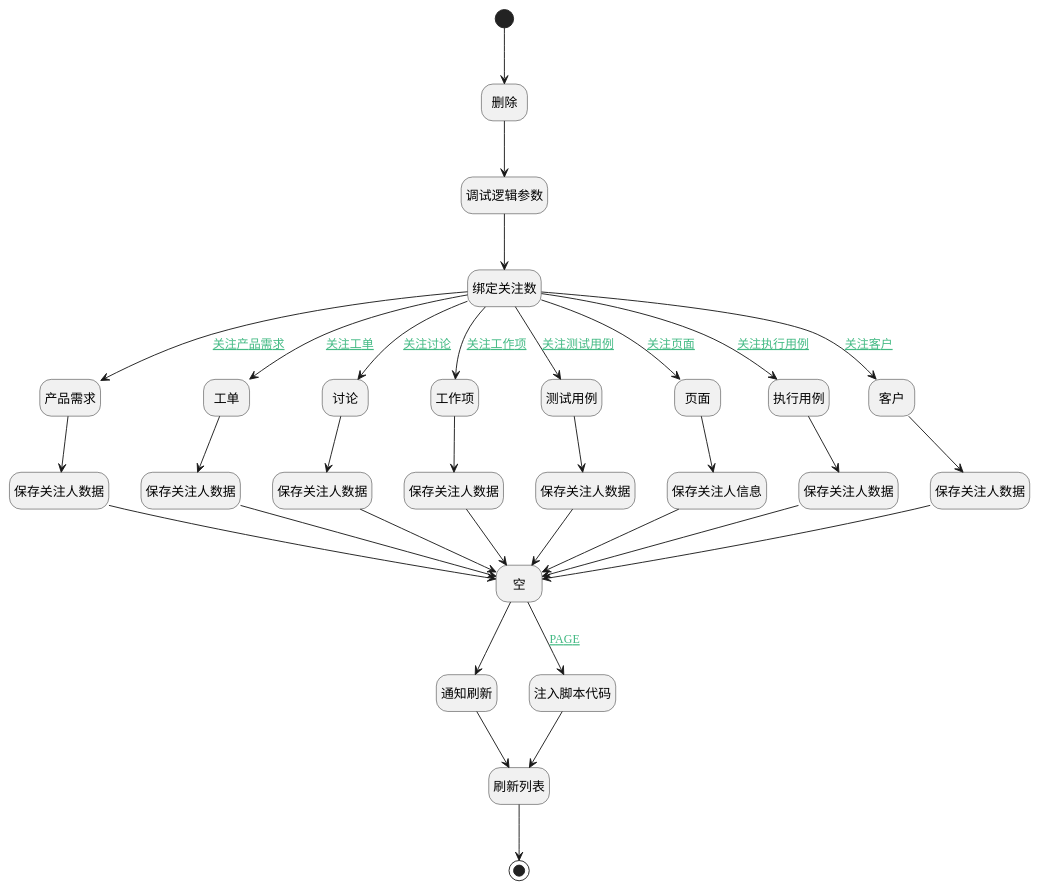
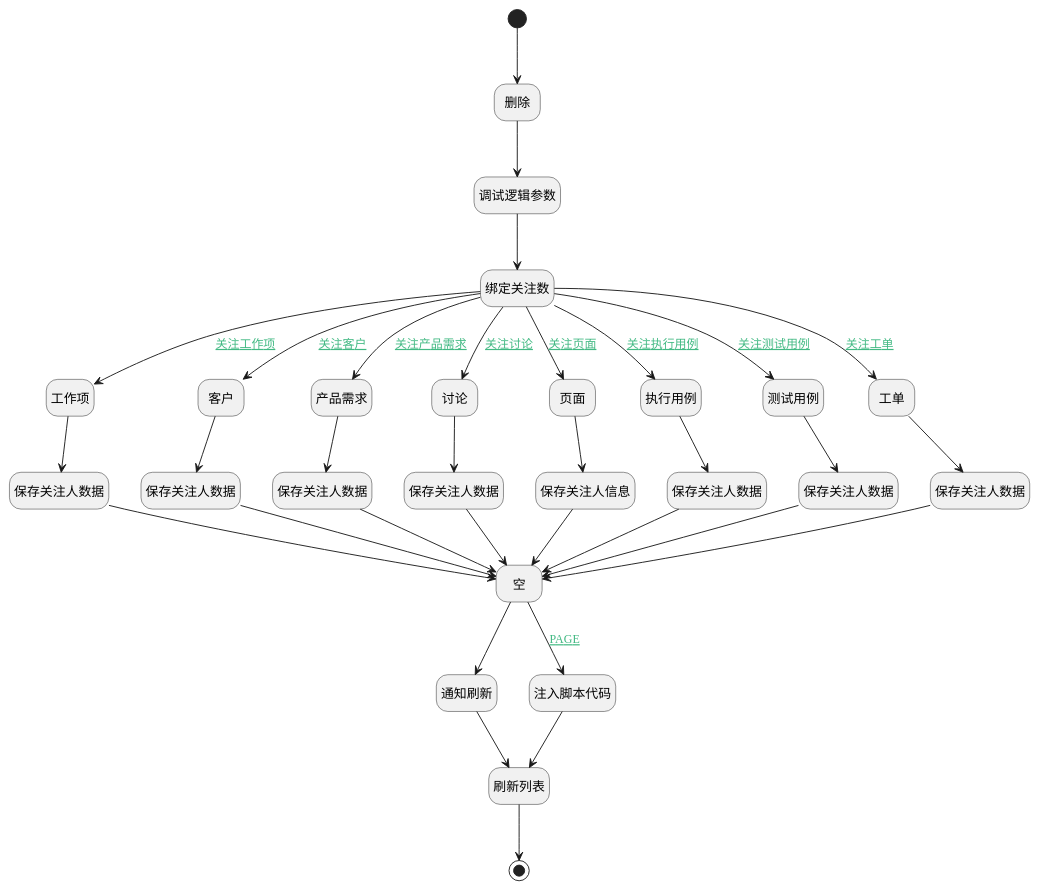
The diagram in doc/docsify/module/Base/attention/uilogic/un_attention.md (iBizLab/plm), drawn with PlantUML before and after one commit. The commit also changed other lines of this file and 311 other files, not shown here.

````diff
--- a/doc/docsify/module/Base/attention/uilogic/un_attention.md
+++ b/doc/docsify/module/Base/attention/uilogic/un_attention.md
@@ -7,73 +7,73 @@
 ```plantuml
 @startuml
 hide footbox
 <style>
 root {
   HyperlinkColor #42b983
 }
 </style>
 
 hide empty description
 state "开始" as Begin <<start>> [[$./un_attention#begin {开始}]]
+state "保存关注人数据" as DEACTION6  [[$./un_attention#deaction6 {保存关注人数据}]]
+state "工作项" as PREPAREJSPARAM1  [[$./un_attention#preparejsparam1 {工作项}]]
+state "客户" as PREPAREJSPARAM5  [[$./un_attention#preparejsparam5 {客户}]]
+state "通知刷新" as RAWJSCODE2  [[$./un_attention#rawjscode2 {通知刷新}]]
+state "保存关注人数据" as DEACTION4  [[$./un_attention#deaction4 {保存关注人数据}]]
+state "结束" as END1 <<end>> [[$./un_attention#end1 {结束}]]
+state "保存关注人数据" as DEACTION3  [[$./un_attention#deaction3 {保存关注人数据}]]
 state "产品需求" as PREPAREJSPARAM3  [[$./un_attention#preparejsparam3 {产品需求}]]
 state "保存关注人数据" as DEACTION2  [[$./un_attention#deaction2 {保存关注人数据}]]
-state "工单" as PREPAREJSPARAM4  [[$./un_attention#preparejsparam4 {工单}]]
+state "保存关注人数据" as DEACTION1  [[$./un_attention#deaction1 {保存关注人数据}]]
 state "讨论" as PREPAREJSPARAM9  [[$./un_attention#preparejsparam9 {讨论}]]
-state "保存关注人数据" as DEACTION5  [[$./un_attention#deaction5 {保存关注人数据}]]
+state "绑定关注数" as PREPAREJSPARAM2  [[$./un_attention#preparejsparam2 {绑定关注数}]]
+state "页面" as PREPAREJSPARAM8  [[$./un_attention#preparejsparam8 {页面}]]
+state "刷新列表" as VIEWCTRLINVOKE1  [[$./un_attention#viewctrlinvoke1 {刷新列表}]]
+state "注入脚本代码" as RAWJSCODE3  [[$./un_attention#rawjscode3 {注入脚本代码}]]
+state "空" as PREPAREJSPARAM10  [[$./un_attention#preparejsparam10 {空}]]
+state "调试逻辑参数" as DEBUGPARAM1  [[$./un_attention#debugparam1 {调试逻辑参数}]]
+state "执行用例" as PREPAREJSPARAM6  [[$./un_attention#preparejsparam6 {执行用例}]]
 state "删除" as RAWJSCODE1  [[$./un_attention#rawjscode1 {删除}]]
-state "保存关注人数据" as DEACTION6  [[$./un_attention#deaction6 {保存关注人数据}]]
-state "绑定关注数" as PREPAREJSPARAM2  [[$./un_attention#preparejsparam2 {绑定关注数}]]
-state "保存关注人数据" as DEACTION8  [[$./un_attention#deaction8 {保存关注人数据}]]
-state "结束" as END1 <<end>> [[$./un_attention#end1 {结束}]]
-state "工作项" as PREPAREJSPARAM1  [[$./un_attention#preparejsparam1 {工作项}]]
-state "保存关注人数据" as DEACTION4  [[$./un_attention#deaction4 {保存关注人数据}]]
-state "调试逻辑参数" as DEBUGPARAM1  [[$./un_attention#debugparam1 {调试逻辑参数}]]
 state "保存关注人信息" as DEACTION7  [[$./un_attention#deaction7 {保存关注人信息}]]
 state "测试用例" as PREPAREJSPARAM7  [[$./un_attention#preparejsparam7 {测试用例}]]
-state "页面" as PREPAREJSPARAM8  [[$./un_attention#preparejsparam8 {页面}]]
-state "保存关注人数据" as DEACTION1  [[$./un_attention#deaction1 {保存关注人数据}]]
-state "保存关注人数据" as DEACTION3  [[$./un_attention#deaction3 {保存关注人数据}]]
-state "空" as PREPAREJSPARAM10  [[$./un_attention#preparejsparam10 {空}]]
-state "执行用例" as PREPAREJSPARAM6  [[$./un_attention#preparejsparam6 {执行用例}]]
-state "刷新列表" as VIEWCTRLINVOKE1  [[$./un_attention#viewctrlinvoke1 {刷新列表}]]
-state "客户" as PREPAREJSPARAM5  [[$./un_attention#preparejsparam5 {客户}]]
-state "通知刷新" as RAWJSCODE2  [[$./un_attention#rawjscode2 {通知刷新}]]
-state "注入脚本代码" as RAWJSCODE3  [[$./un_attention#rawjscode3 {注入脚本代码}]]
+state "保存关注人数据" as DEACTION8  [[$./un_attention#deaction8 {保存关注人数据}]]
+state "工单" as PREPAREJSPARAM4  [[$./un_attention#preparejsparam4 {工单}]]
+state "保存关注人数据" as DEACTION5  [[$./un_attention#deaction5 {保存关注人数据}]]
 
 
 Begin --> RAWJSCODE1
 RAWJSCODE1 --> DEBUGPARAM1
 DEBUGPARAM1 --> PREPAREJSPARAM2
 PREPAREJSPARAM2 --> PREPAREJSPARAM1 : [[$./un_attention#preparejsparam2-preparejsparam1{关注工作项} 关注工作项]]
 PREPAREJSPARAM1 --> DEACTION1
 DEACTION1 --> PREPAREJSPARAM10
 PREPAREJSPARAM10 --> RAWJSCODE3 : [[$./un_attention#preparejsparam10-rawjscode3{PAGE} PAGE]]
 RAWJSCODE3 --> VIEWCTRLINVOKE1
 VIEWCTRLINVOKE1 --> END1
 PREPAREJSPARAM10 --> RAWJSCODE2
 RAWJSCODE2 --> VIEWCTRLINVOKE1
 PREPAREJSPARAM2 --> PREPAREJSPARAM3 : [[$./un_attention#preparejsparam2-preparejsparam3{关注产品需求} 关注产品需求]]
 PREPAREJSPARAM3 --> DEACTION2
 DEACTION2 --> PREPAREJSPARAM10
 PREPAREJSPARAM2 --> PREPAREJSPARAM4 : [[$./un_attention#preparejsparam2-preparejsparam4{关注工单} 关注工单]]
 PREPAREJSPARAM4 --> DEACTION3
 DEACTION3 --> PREPAREJSPARAM10
 PREPAREJSPARAM2 --> PREPAREJSPARAM5 : [[$./un_attention#preparejsparam2-preparejsparam5{关注客户} 关注客户]]
 PREPAREJSPARAM5 --> DEACTION4
 DEACTION4 --> PREPAREJSPARAM10
 PREPAREJSPARAM2 --> PREPAREJSPARAM7 : [[$./un_attention#preparejsparam2-preparejsparam7{关注测试用例} 关注测试用例]]
 PREPAREJSPARAM7 --> DEACTION5
 DEACTION5 --> PREPAREJSPARAM10
 PREPAREJSPARAM2 --> PREPAREJSPARAM6 : [[$./un_attention#preparejsparam2-preparejsparam6{关注执行用例} 关注执行用例]]
 PREPAREJSPARAM6 --> DEACTION6
 DEACTION6 --> PREPAREJSPARAM10
 PREPAREJSPARAM2 --> PREPAREJSPARAM8 : [[$./un_attention#preparejsparam2-preparejsparam8{关注页面} 关注页面]]
 PREPAREJSPARAM8 --> DEACTION7
 DEACTION7 --> PREPAREJSPARAM10
 PREPAREJSPARAM2 --> PREPAREJSPARAM9 : [[$./un_attention#preparejsparam2-preparejsparam9{关注讨论} 关注讨论]]
 PREPAREJSPARAM9 --> DEACTION8
 DEACTION8 --> PREPAREJSPARAM10
 
 
 @enduml
 ```
````
